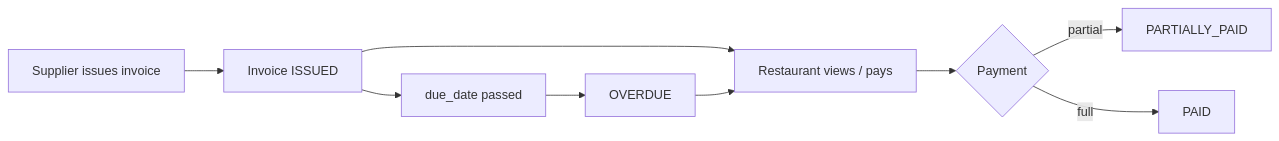
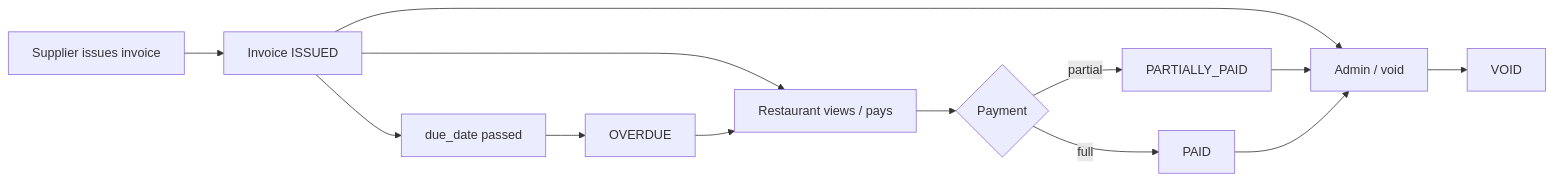
The diagram in docs/blueprint/workflows/invoice_flow.mmd (ghadimdallaldev/supplify_erp), drawn with Mermaid before and after one commit. The commit also changed 9 other files, not shown here.

```diff
--- a/docs/blueprint/workflows/invoice_flow.mmd
+++ b/docs/blueprint/workflows/invoice_flow.mmd
@@ -1,9 +1,13 @@
 flowchart LR
   A[Supplier issues invoice] --> B[Invoice ISSUED]
   B --> C[Restaurant views / pays]
   C --> D{Payment}
   D -->|partial| E[PARTIALLY_PAID]
   D -->|full| F[PAID]
   B --> G[due_date passed]
   G --> H[OVERDUE]
   H --> C
+  B --> I[Admin / void]
+  E --> I
+  F --> I
+  I --> J[VOID]
```
